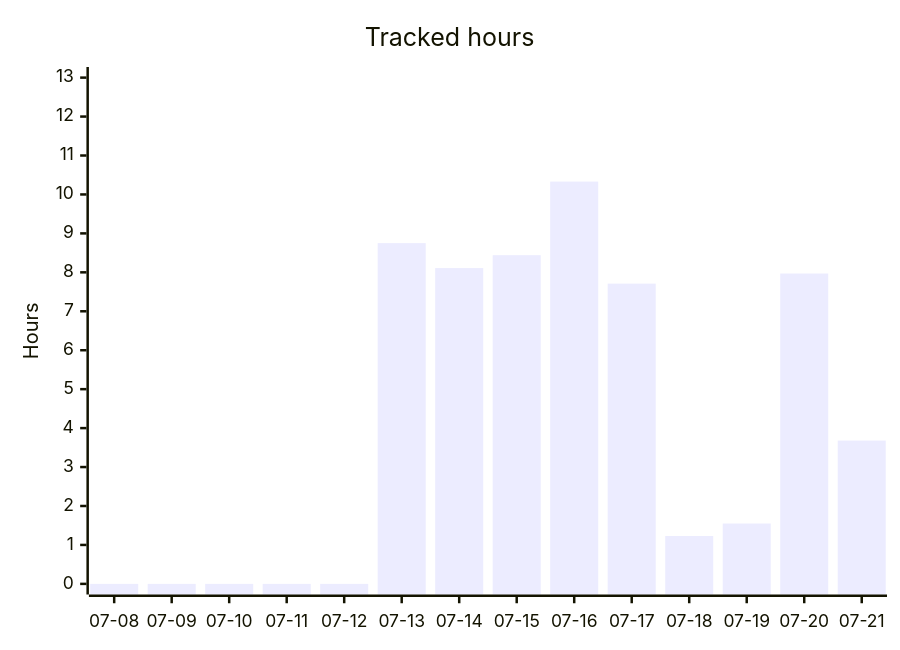
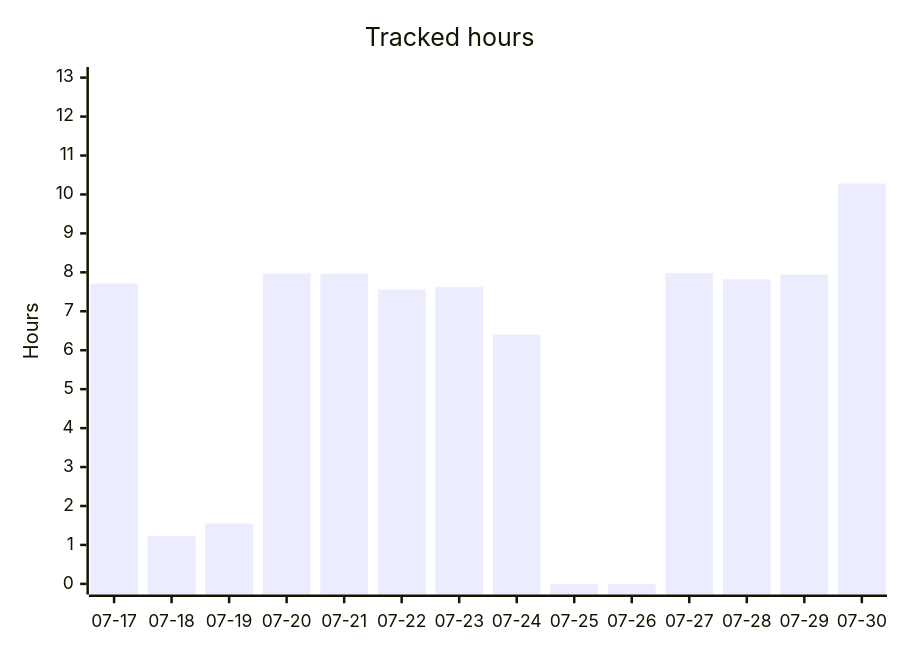
The second of 5 diagrams in README.org (albinforsberg-netizen/timeclock), drawn with Mermaid before and after one commit. The commit also changed other lines of this file, not shown here.

```diff
--- a/README.org
+++ b/README.org
@@ -92,7 +94,7 @@
 #+begin_src mermaid
 xychart-beta
     title "Tracked hours"
-    x-axis ["07-08", "07-09", "07-10", "07-11", "07-12", "07-13", "07-14", "07-15", "07-16", "07-17", "07-18", "07-19", "07-20", "07-21"]
+    x-axis ["07-17", "07-18", "07-19", "07-20", "07-21", "07-22", "07-23", "07-24", "07-25", "07-26", "07-27", "07-28", "07-29", "07-30"]
     y-axis "Hours" 0 --> 13
-    bar [0.00, 0.00, 0.00, 0.00, 0.00, 8.75, 8.11, 8.44, 10.33, 7.71, 1.23, 1.55, 7.97, 3.68]
+    bar [7.71, 1.23, 1.55, 7.97, 7.97, 7.56, 7.62, 6.40, 0.00, 0.00, 7.98, 7.82, 7.94, 10.28]
 #+end_src
```
